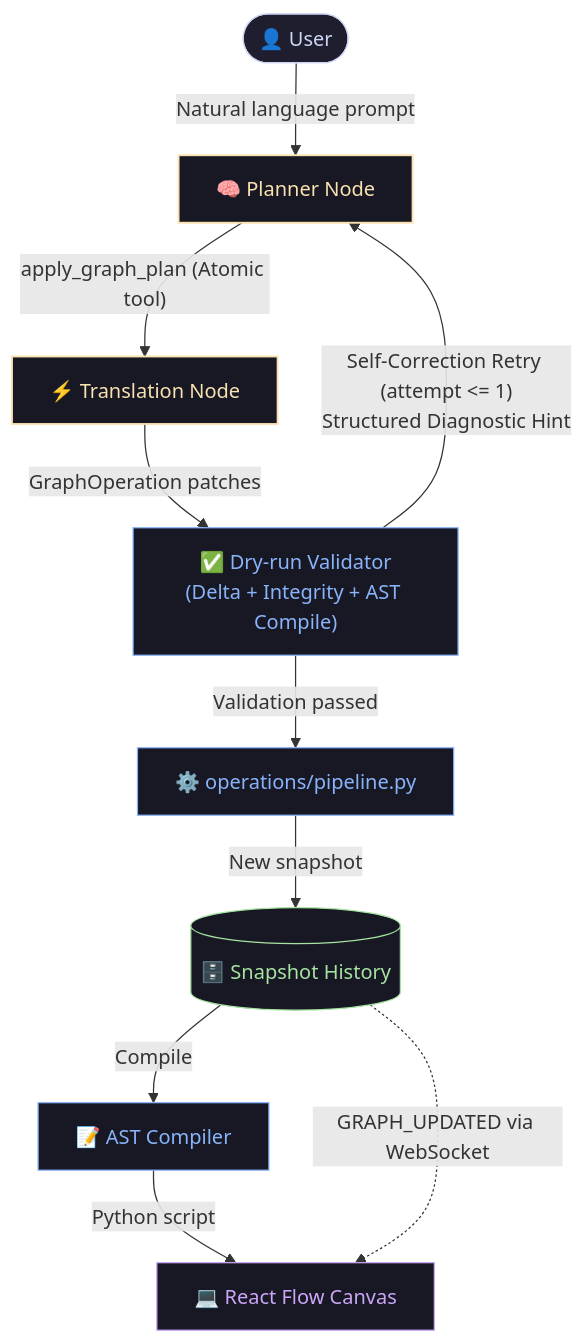
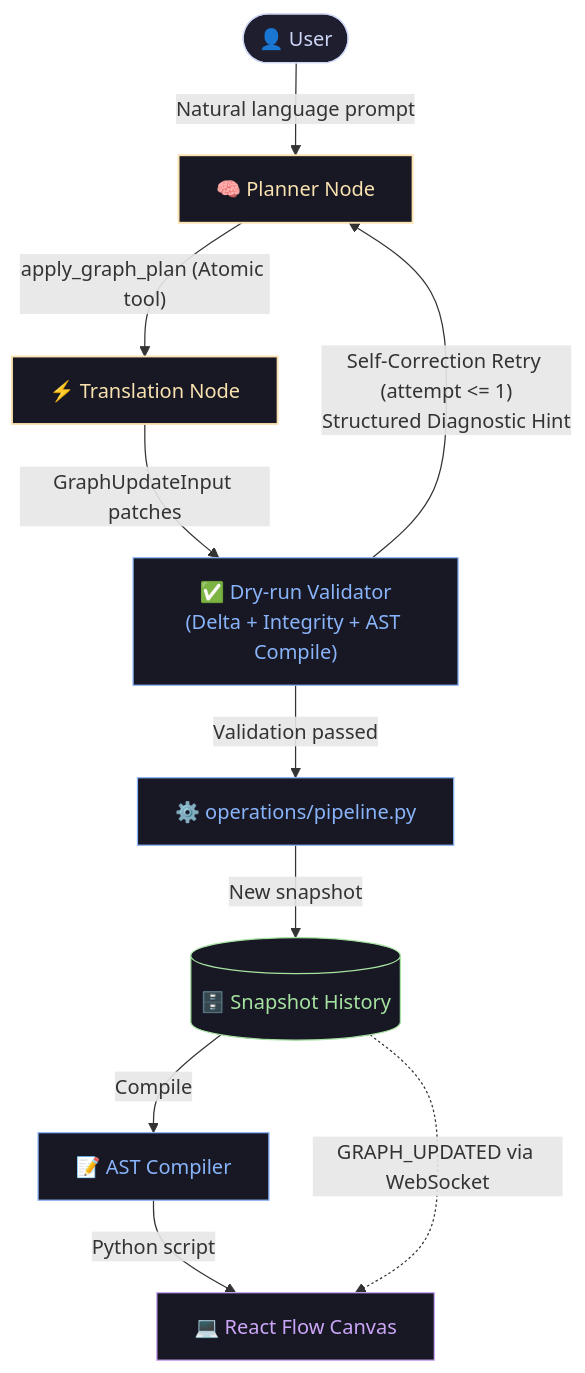
One commit to kszucher/graphboard changed the diagram in README.md. Above: the diagram before and after it, drawn with Mermaid. The commit also changed other lines of this file, not shown here.

````diff
--- a/README.md
+++ b/README.md
@@ -101,25 +101,25 @@
 ```mermaid
 graph TD
     %% Styling Classes
     classDef default fill:#1e1e2e,stroke:#cdd6f4,stroke-width:1px,color:#cdd6f4;
     classDef ui fill:#181825,stroke:#cba6f7,stroke-width:1px,color:#cba6f7;
     classDef copilot fill:#181825,stroke:#f9e2af,stroke-width:1.5px,color:#f9e2af;
     classDef backend fill:#181825,stroke:#89b4fa,stroke-width:1px,color:#89b4fa;
     classDef store fill:#181825,stroke:#a6e3a1,stroke-width:1px,color:#a6e3a1;
 
     User([👤 User]) -->|"Natural language prompt"| Planner["🧠 Planner Node"]
     Planner -->|"apply_graph_plan (Atomic tool)"| Translator["⚡ Translation Node"]
-    Translator -->|"GraphOperation patches"| Validator["✅ Dry-run Validator<br/>(Delta + Integrity + AST Compile)"]
+    Translator -->|"GraphUpdateInput patches"| Validator["✅ Dry-run Validator<br/>(Delta + Integrity + AST Compile)"]
     Validator -->|"Self-Correction Retry (attempt <= 1)<br/>Structured Diagnostic Hint"| Planner
     Validator -->|"Validation passed"| Operations["⚙️ operations/pipeline.py"]
     Operations -->|"New snapshot"| History[("🗄️ Snapshot History")]
     History -->|"Compile"| Compiler["📝 AST Compiler"]
     Compiler -->|"Python script"| Canvas["💻 React Flow Canvas"]
     History -.->|"GRAPH_UPDATED via WebSocket"| Canvas
 
     class Planner,Translator copilot;
     class Validator,Operations,Compiler backend;
     class History store;
     class Canvas ui;
     class User default;
 ```
````
